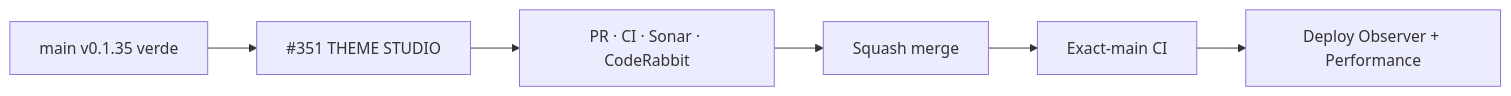
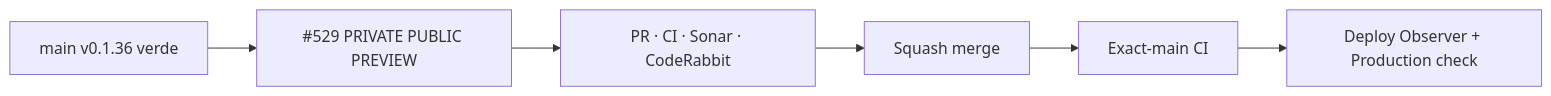
One commit to pl0n3r/brvtal changed the diagram in README.md. Above: the diagram before and after it, drawn with Mermaid. The commit also changed other lines of this file and 24 other files, not shown here.

First line of the commit message:
feat(preview): add canonical private public preview (v0.1.37) (#605)

````diff
--- a/README.md
+++ b/README.md
@@ -49,8 +50,8 @@
 ```mermaid
 flowchart LR
- B["main v0.1.35 verde"] --> S["#351 THEME STUDIO"]
+ B["main v0.1.36 verde"] --> S["#529 PRIVATE PUBLIC PREVIEW"]
  S --> P["PR · CI · Sonar · CodeRabbit"]
  P --> M["Squash merge"]
  M --> X["Exact-main CI"]
- X --> D["Deploy Observer + Performance"]
+ X --> D["Deploy Observer + Production check"]
 ```
````
